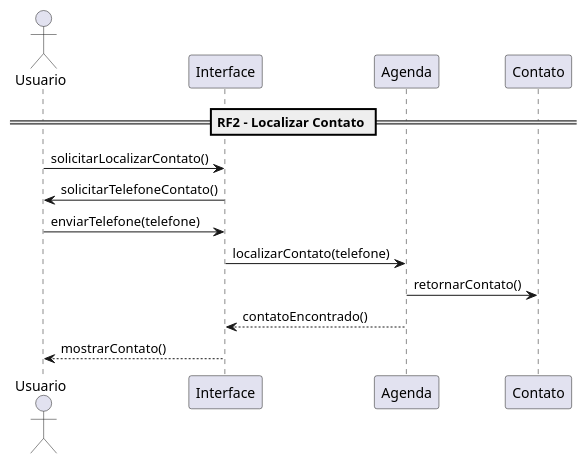
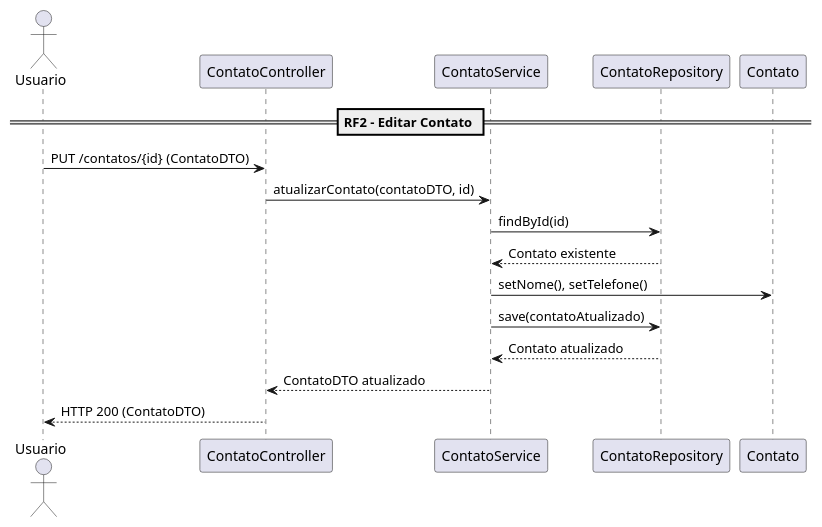
Before and after one commit to rafaelontour/agenda_es: the second of 7 diagrams in diagrama.puml, drawn with PlantUML. The commit also changed other lines of this file and 4 other files, not shown here.

```diff
--- a/diagrama.puml
+++ b/diagrama.puml
@@ -21,18 +28,18 @@
 @startuml
-' =======================================================
-' RF2 – Localizar Contato
-' =======================================================
 actor Usuario
-participant "Interface" as UI
-participant "Agenda" as Agenda
+participant "ContatoController" as CC
+participant "ContatoService" as CS
+participant "ContatoRepository" as CR
 participant "Contato" as Contato
 
-== RF2 - Localizar Contato ==
-Usuario -> UI : solicitarLocalizarContato()
-UI -> Usuario : solicitarTelefoneContato()
-Usuario -> UI : enviarTelefone(telefone)
-UI -> Agenda : localizarContato(telefone)
-Agenda -> Contato : retornarContato()
-Agenda --> UI : contatoEncontrado()
-UI --> Usuario : mostrarContato()
+== RF2 – Editar Contato ==
+Usuario -> CC : PUT /contatos/{id} (ContatoDTO)
+CC -> CS : atualizarContato(contatoDTO, id)
+CS -> CR : findById(id)
+CR --> CS : Contato existente
+CS -> Contato : setNome(), setTelefone()
+CS -> CR : save(contatoAtualizado)
+CR --> CS : Contato atualizado
+CS --> CC : ContatoDTO atualizado
+CC --> Usuario : HTTP 200 (ContatoDTO)
 @enduml
```
